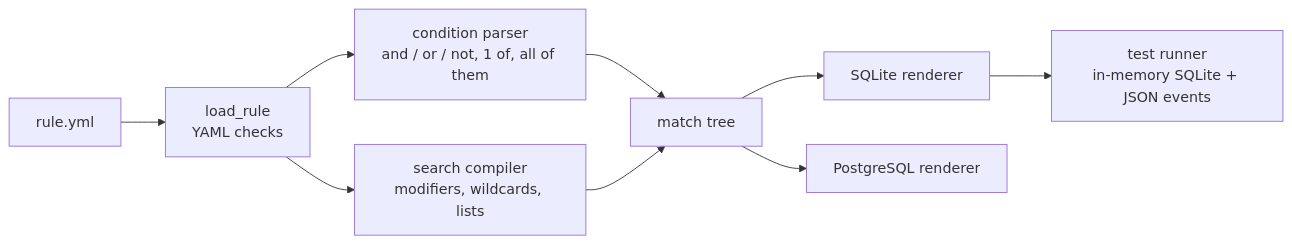
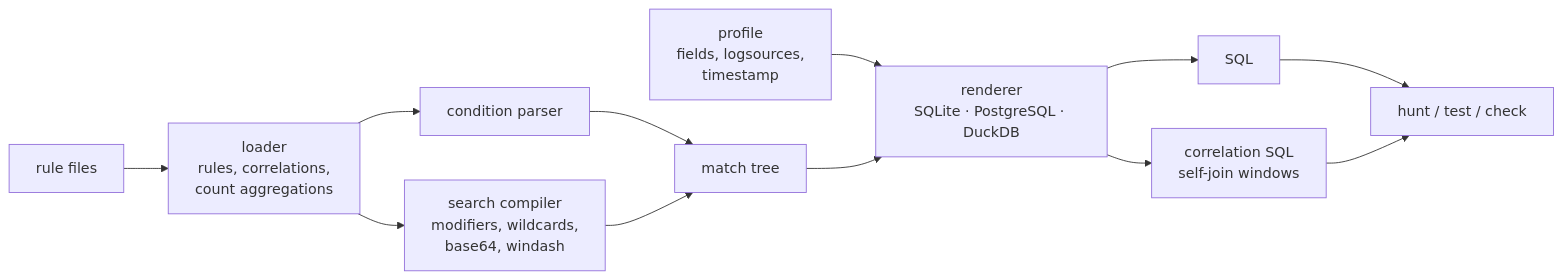
The diagram in README.md (brkozer/sigma2sql), drawn with Mermaid before and after one commit. The commit also changed other lines of this file and 6 other files, not shown here.

````diff
--- a/README.md
+++ b/README.md
@@ -71,11 +202,14 @@
 ```mermaid
 flowchart LR
-    Y[rule.yml] --> L[load_rule<br/>YAML checks]
-    L --> C[condition parser<br/>and / or / not, 1 of, all of them]
-    L --> D[search compiler<br/>modifiers, wildcards, lists]
+    Y[rule files] --> L[loader<br/>rules, correlations,<br/>count aggregations]
+    L --> C[condition parser]
+    L --> D[search compiler<br/>modifiers, wildcards,<br/>base64, windash]
     C --> E[match tree]
     D --> E
-    E --> S[SQLite renderer]
-    E --> P[PostgreSQL renderer]
-    S --> R[test runner<br/>in-memory SQLite + JSON events]
+    P[profile<br/>fields, logsources,<br/>timestamp] --> R
+    E --> R[renderer<br/>SQLite · PostgreSQL · DuckDB]
+    R --> Q[SQL]
+    R --> K[correlation SQL<br/>self-join windows]
+    Q --> H[hunt / test / check]
+    K --> H
 ```
````
